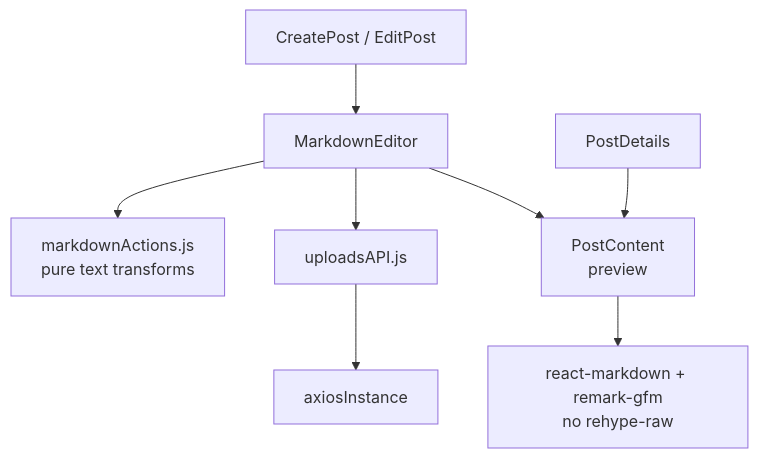
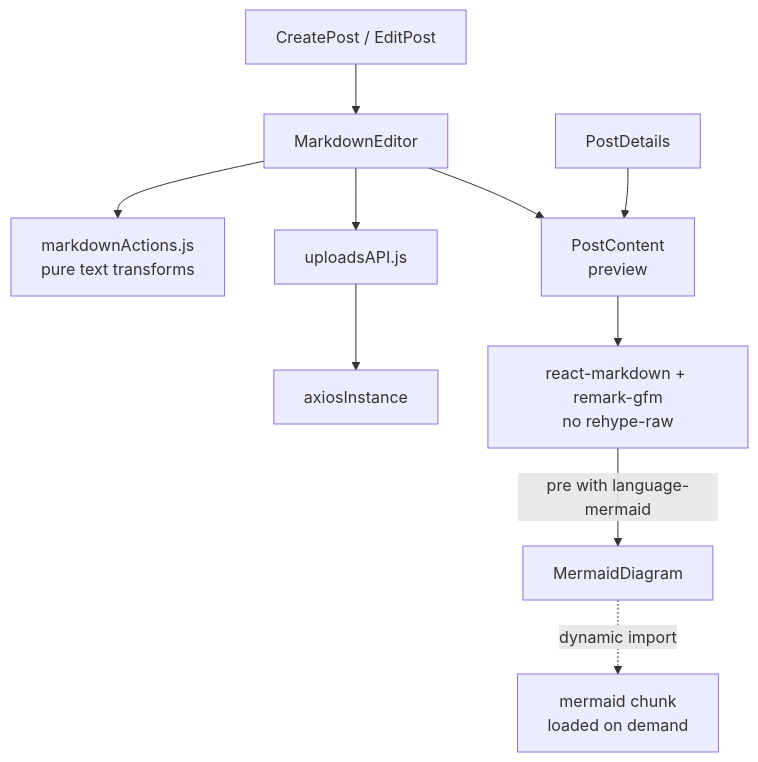
Before and after one commit to Thejas0604/blog-project: the fourth of 8 diagrams in docs/architecture.md, drawn with Mermaid. The commit also changed other lines of this file and 11 other files, not shown here.

Commit message:
fix: mermaid renderer

````diff
--- a/docs/architecture.md
+++ b/docs/architecture.md
@@ -72,10 +72,12 @@
 ```mermaid
 flowchart TB
   CP[CreatePost / EditPost] --> ME[MarkdownEditor]
   ME --> MA[markdownActions.js<br/>pure text transforms]
   ME --> UA[uploadsAPI.js]
   ME --> PC[PostContent<br/>preview]
   PD[PostDetails] --> PC
   UA --> AX[axiosInstance]
   PC --> RM[react-markdown + remark-gfm<br/>no rehype-raw]
+  RM -->|pre with language-mermaid| MD[MermaidDiagram]
+  MD -.->|dynamic import| MC[mermaid chunk<br/>loaded on demand]
 ```
````
